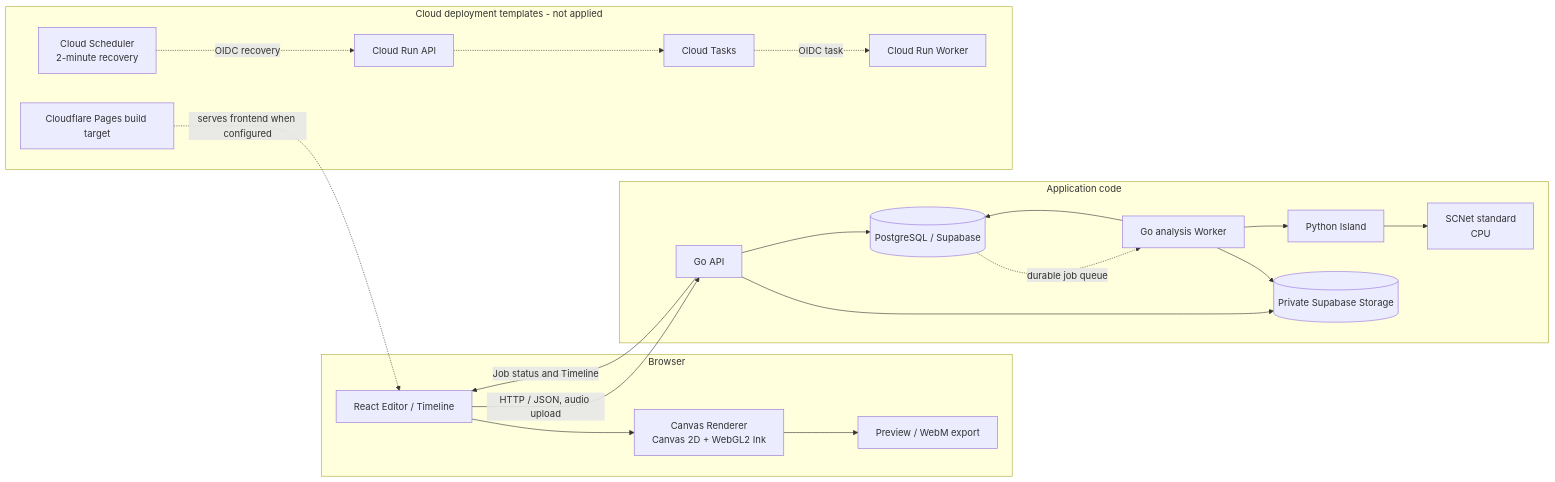
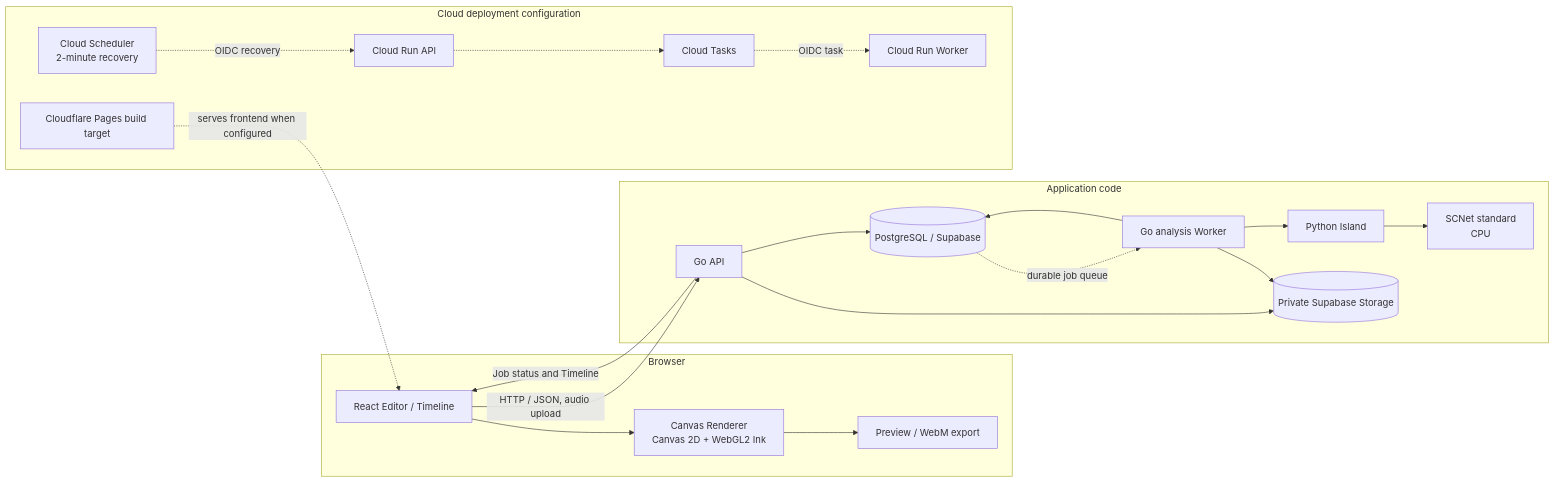
Before and after one commit to JunA-priv/audio-reactive-visual-compiler: the diagram in README.md, drawn with Mermaid. The commit also changed other lines of this file, not shown here.

````diff
--- a/README.md
+++ b/README.md
@@ -51,39 +51,39 @@
 ```mermaid
 flowchart LR
   subgraph Client[Browser]
     UI[React Editor / Timeline]
     Render[Canvas Renderer<br/>Canvas 2D + WebGL2 Ink]
     Export[Preview / WebM export]
     UI --> Render --> Export
   end
 
   subgraph Services[Application code]
     API[Go API]
     Worker[Go analysis Worker]
     Py[Python Island]
     SC[SCNet standard<br/>CPU]
     DB[(PostgreSQL / Supabase)]
     Store[(Private Supabase Storage)]
     Worker --> Py --> SC
     API --> DB
     Worker --> DB
-    DB -. durable job queue .-> Worker
     API --> Store
     Worker --> Store
   end
 
   UI -->|HTTP / JSON, audio upload| API
   API -->|Job status and Timeline| UI
+  DB -. durable job queue .-> Worker
 
-  subgraph CloudTemplates[Cloud deployment templates - not applied]
+  subgraph CloudTemplates[Cloud deployment configuration]
     Tasks[Cloud Tasks]
-    Scheduler[Cloud Scheduler\n2-minute recovery]
+    Scheduler[Cloud Scheduler<br/>2-minute recovery]
     RunAPI[Cloud Run API]
     RunWorker[Cloud Run Worker]
     CF[Cloudflare Pages build target]
     RunAPI -.-> Tasks
     Tasks -.OIDC task.-> RunWorker
     Scheduler -.OIDC recovery.-> RunAPI
     CF -.serves frontend when configured.-> UI
   end
 ```
````
